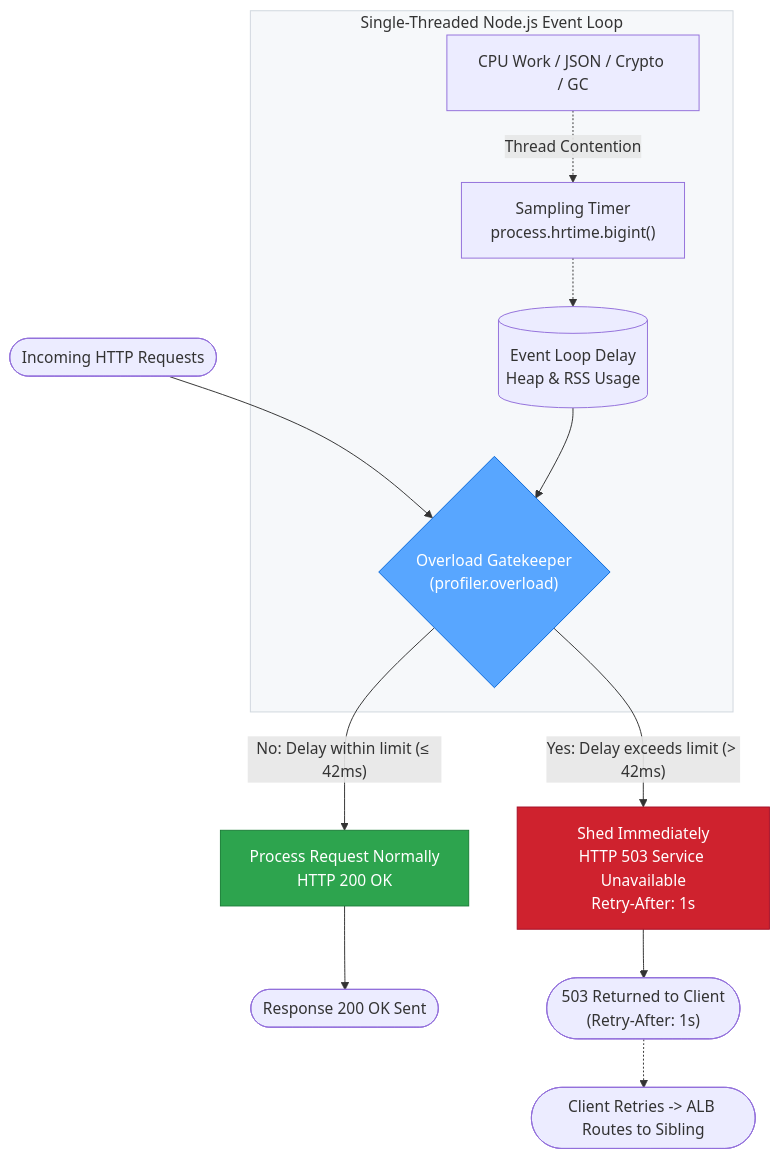
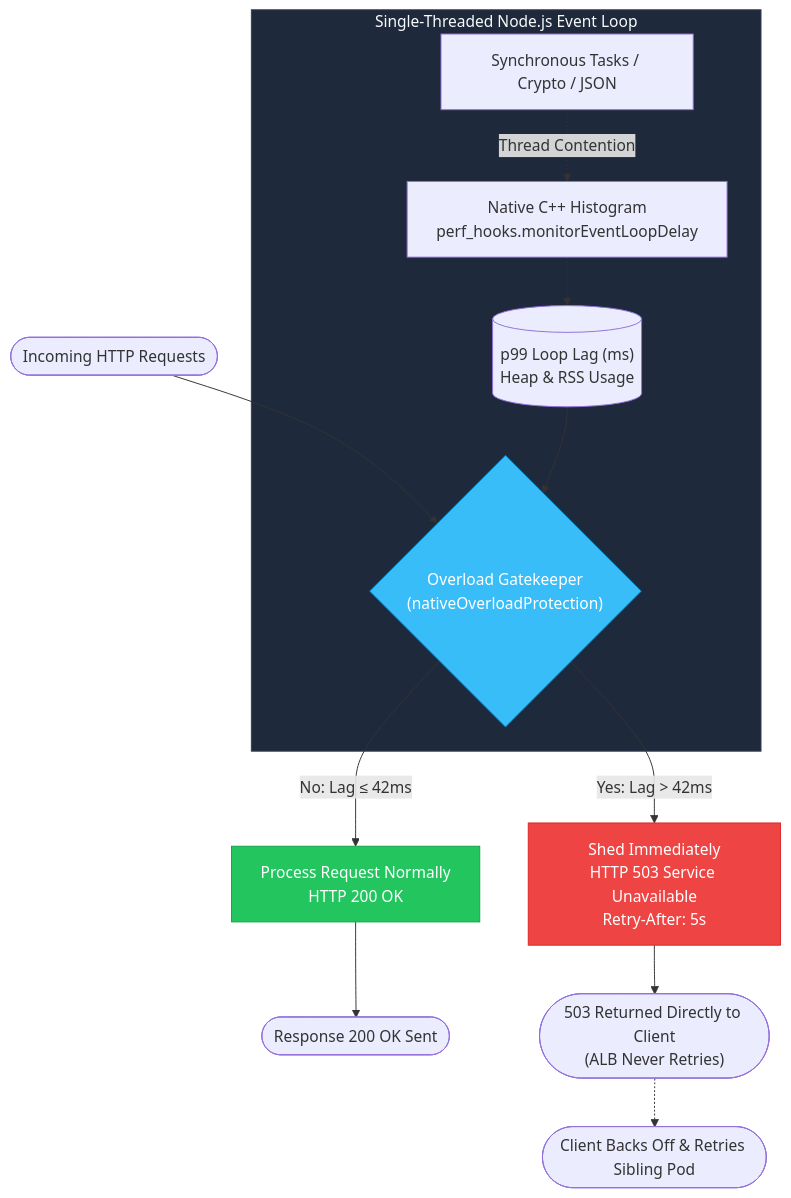
One commit to andylockran/overload-protection changed the diagram in readme.md. Above: the diagram before and after it, drawn with Mermaid. The commit also changed other lines of this file and 15 other files, not shown here.

````diff
--- a/readme.md
+++ b/readme.md
@@ -43,22 +20,22 @@
 ```mermaid
 flowchart TD
-    Req(["Incoming HTTP Requests"]) --> Gate{"Overload Gatekeeper<br/>(profiler.overload)"}
+    Req(["Incoming HTTP Requests"]) --> Gate{"Overload Gatekeeper<br/>(nativeOverloadProtection)"}
     
     subgraph EventLoop ["Single-Threaded Node.js Event Loop"]
-        Timer["Sampling Timer<br/>process.hrtime.bigint()"] -.-> Metrics[("Event Loop Delay<br/>Heap & RSS Usage")]
+        Monitor["Native C++ Histogram<br/>perf_hooks.monitorEventLoopDelay"] -.-> Metrics[("p99 Loop Lag (ms)<br/>Heap & RSS Usage")]
         Metrics --> Gate
-        Worker["CPU Work / JSON / Crypto / GC"] -.->|"Thread Contention"| Timer
+        Worker["Synchronous Tasks / Crypto / JSON"] -.->|"Thread Contention"| Monitor
     end
 
-    Gate -->|"No: Delay within limit (&le; 42ms)"| Accept["Process Request Normally<br/>HTTP 200 OK"]
-    Gate -->|"Yes: Delay exceeds limit (> 42ms)"| Shed["Shed Immediately<br/>HTTP 503 Service Unavailable<br/>Retry-After: 1s"]
+    Gate -->|"No: Lag &le; 42ms"| Accept["Process Request Normally<br/>HTTP 200 OK"]
+    Gate -->|"Yes: Lag > 42ms"| Shed["Shed Immediately<br/>HTTP 503 Service Unavailable<br/>Retry-After: 5s"]
 
     Accept --> Done(["Response 200 OK Sent"])
-    Shed --> Retry(["503 Returned to Client<br/>(Retry-After: 1s)"])
-    Retry -.-> ClientBackoff(["Client Retries -> ALB Routes to Sibling"])
+    Shed --> Client503(["503 Returned Directly to Client<br/>(ALB Never Retries)"])
+    Client503 -.-> ClientBackoff(["Client Backs Off & Retries Sibling Pod"])
 
-    style Gate fill:#58a6ff,stroke:#0969da,color:#ffffff
-    style Accept fill:#2da44e,stroke:#1a7f37,color:#ffffff
-    style Shed fill:#cf222e,stroke:#a40e26,color:#ffffff
-    style EventLoop fill:#f6f8fa,stroke:#d0d7de
+    style Gate fill:#38bdf8,stroke:#0284c7,color:#ffffff
+    style Accept fill:#22c55e,stroke:#16a34a,color:#ffffff
+    style Shed fill:#ef4444,stroke:#dc2626,color:#ffffff
+    style EventLoop fill:#1e293b,stroke:#334155,color:#f8fafc
 ```
````
